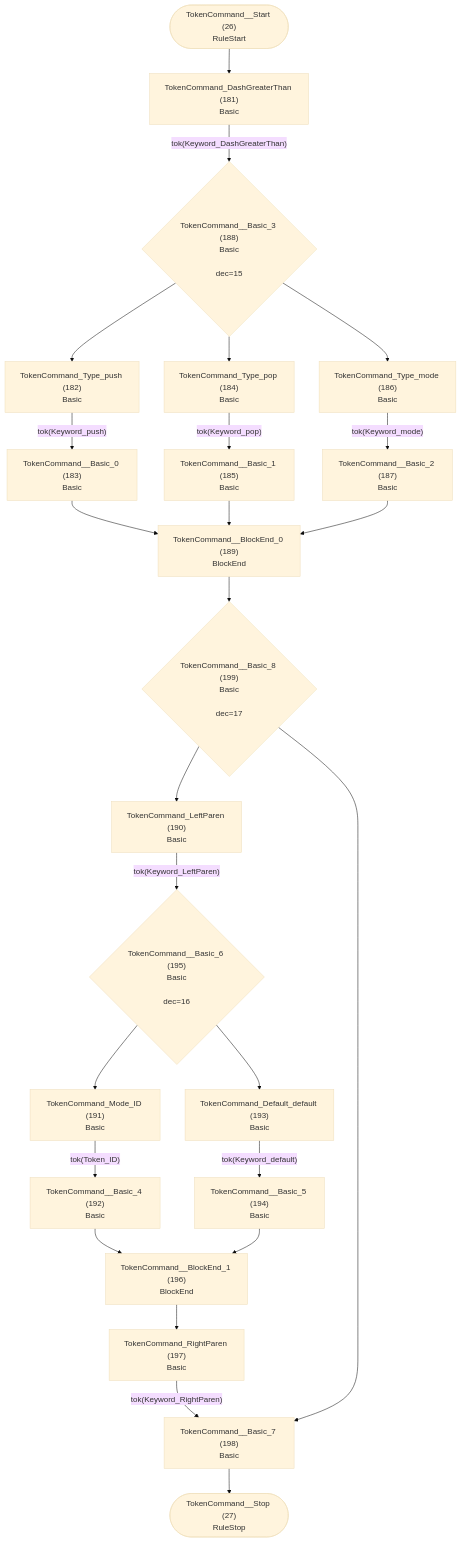
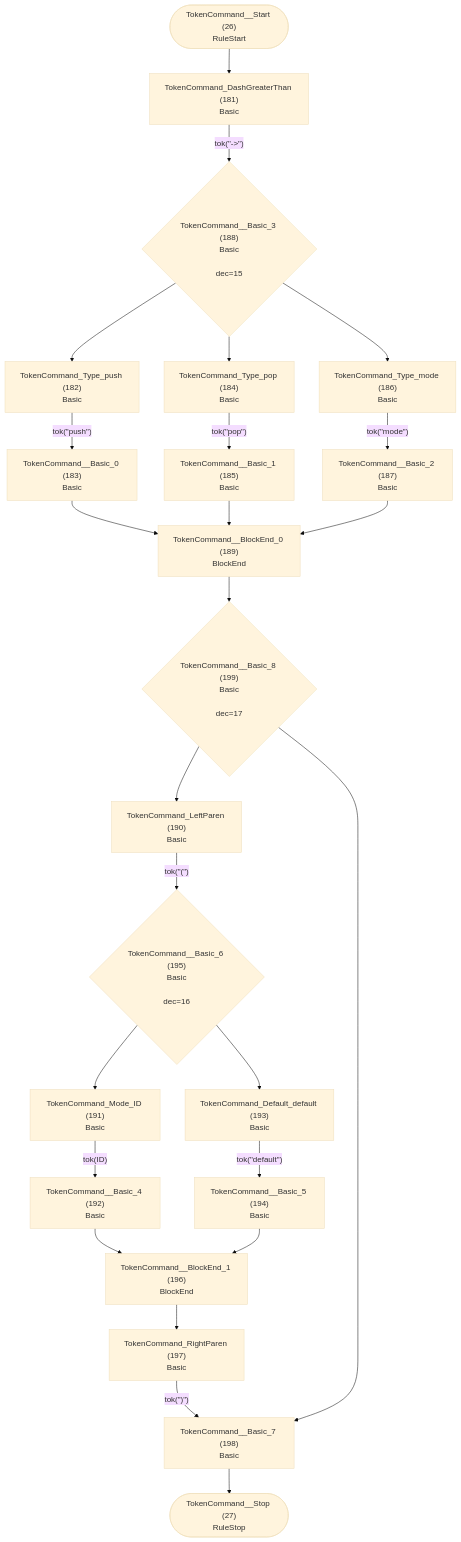
Before and after one commit to TypeFox/fastbelt: diagram 14 of 37 in internal/grammar/atn.md, drawn with Mermaid (base theme). The commit also changed other lines of this file and 3 other files, not shown here.

````diff
--- a/internal/grammar/atn.md
+++ b/internal/grammar/atn.md
@@ -371,49 +371,49 @@
 ```mermaid
 flowchart TD
     q26(["TokenCommand__Start (26)<br/>RuleStart"])
     q27(["TokenCommand__Stop (27)<br/>RuleStop"])
     q181["TokenCommand_DashGreaterThan (181)<br/>Basic<br/>"]
     q182["TokenCommand_Type_push (182)<br/>Basic<br/>"]
     q183["TokenCommand__Basic_0 (183)<br/>Basic<br/>"]
     q184["TokenCommand_Type_pop (184)<br/>Basic<br/>"]
     q185["TokenCommand__Basic_1 (185)<br/>Basic<br/>"]
     q186["TokenCommand_Type_mode (186)<br/>Basic<br/>"]
     q187["TokenCommand__Basic_2 (187)<br/>Basic<br/>"]
     q188{"TokenCommand__Basic_3 (188)<br/>Basic<br/><br/>dec=15"}
     q189["TokenCommand__BlockEnd_0 (189)<br/>BlockEnd<br/>"]
     q190["TokenCommand_LeftParen (190)<br/>Basic<br/>"]
     q191["TokenCommand_Mode_ID (191)<br/>Basic<br/>"]
     q192["TokenCommand__Basic_4 (192)<br/>Basic<br/>"]
     q193["TokenCommand_Default_default (193)<br/>Basic<br/>"]
     q194["TokenCommand__Basic_5 (194)<br/>Basic<br/>"]
     q195{"TokenCommand__Basic_6 (195)<br/>Basic<br/><br/>dec=16"}
     q196["TokenCommand__BlockEnd_1 (196)<br/>BlockEnd<br/>"]
     q197["TokenCommand_RightParen (197)<br/>Basic<br/>"]
     q198["TokenCommand__Basic_7 (198)<br/>Basic<br/>"]
     q199{"TokenCommand__Basic_8 (199)<br/>Basic<br/><br/>dec=17"}
 
     q26 --> q181
-    q181 -->|"tok(Keyword_DashGreaterThan)"| q188
-    q182 -->|"tok(Keyword_push)"| q183
+    q181 -->|"tok(&quot;->&quot;)"| q188
+    q182 -->|"tok(&quot;push&quot;)"| q183
     q183 --> q189
-    q184 -->|"tok(Keyword_pop)"| q185
+    q184 -->|"tok(&quot;pop&quot;)"| q185
     q185 --> q189
-    q186 -->|"tok(Keyword_mode)"| q187
+    q186 -->|"tok(&quot;mode&quot;)"| q187
     q187 --> q189
     q188 --> q182
     q188 --> q184
     q188 --> q186
     q189 --> q199
-    q190 -->|"tok(Keyword_LeftParen)"| q195
-    q191 -->|"tok(Token_ID)"| q192
+    q190 -->|"tok(&quot;(&quot;)"| q195
+    q191 -->|"tok(ID)"| q192
     q192 --> q196
-    q193 -->|"tok(Keyword_default)"| q194
+    q193 -->|"tok(&quot;default&quot;)"| q194
     q194 --> q196
     q195 --> q191
     q195 --> q193
     q196 --> q197
-    q197 -->|"tok(Keyword_RightParen)"| q198
+    q197 -->|"tok(&quot;)&quot;)"| q198
     q198 --> q27
     q199 --> q190
     q199 --> q198
 ```
````
